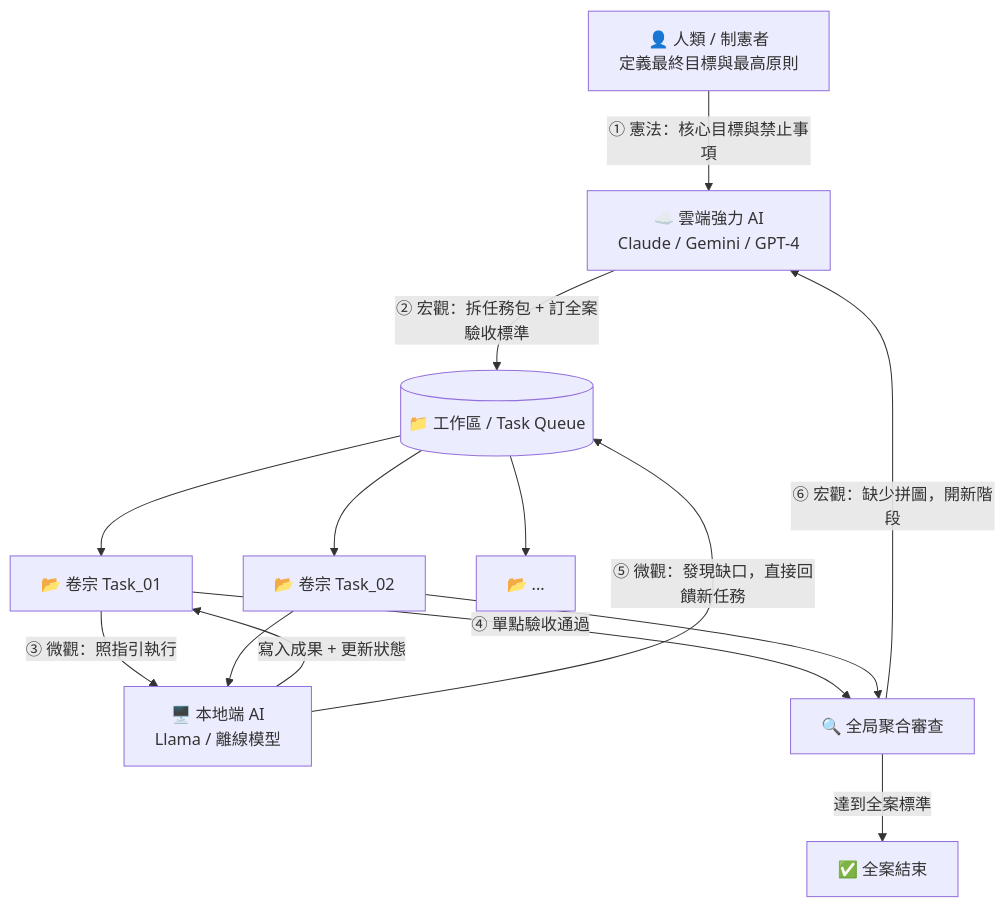
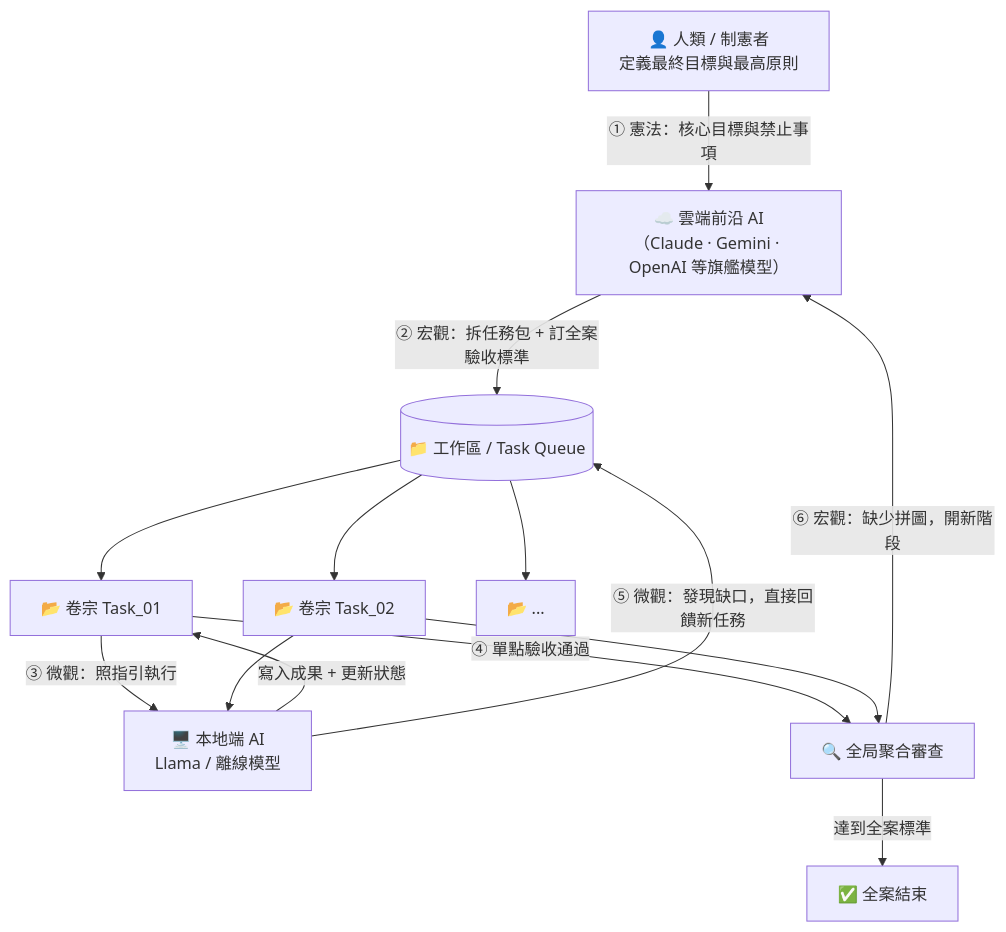
Before and after one commit to Chiakai-Chang/Local-Agent-Workspace: the diagram in C.A.S.E._Framework/README.md, drawn with Mermaid. The commit also changed other lines of this file and 3 other files, not shown here.

````diff
--- a/C.A.S.E._Framework/README.md
+++ b/C.A.S.E._Framework/README.md
@@ -12,26 +12,26 @@
 ```mermaid
 graph TD
     H["👤 人類 / 制憲者<br/>定義最終目標與最高原則"]
-    C["☁️ 雲端強力 AI<br/>Claude / Gemini / GPT-4"]
+    C["☁️ 雲端前沿 AI<br/>（Claude · Gemini · OpenAI 等旗艦模型）"]
     TQ[("📁 工作區 / Task Queue")]
     T1["📂 卷宗 Task_01"]
     T2["📂 卷宗 Task_02"]
     TN["📂 ..."]
     LA["🖥️ 本地端 AI<br/>Llama / 離線模型"]
     AGG["🔍 全局聚合審查"]
     DONE["✅ 全案結束"]
 
     H -->|"① 憲法：核心目標與禁止事項"| C
     C -->|"② 宏觀：拆任務包 + 訂全案驗收標準"| TQ
     TQ --> T1
     TQ --> T2
     TQ --> TN
     T1 -->|"③ 微觀：照指引執行"| LA
     LA -->|"寫入成果 + 更新狀態"| T1
     T2 --> LA
     T1 -->|"④ 單點驗收通過"| AGG
     T2 --> AGG
     AGG -->|"達到全案標準"| DONE
     AGG -->|"⑥ 宏觀：缺少拼圖，開新階段"| C
     LA -->|"⑤ 微觀：發現缺口，直接回饋新任務"| TQ
 ```
````
